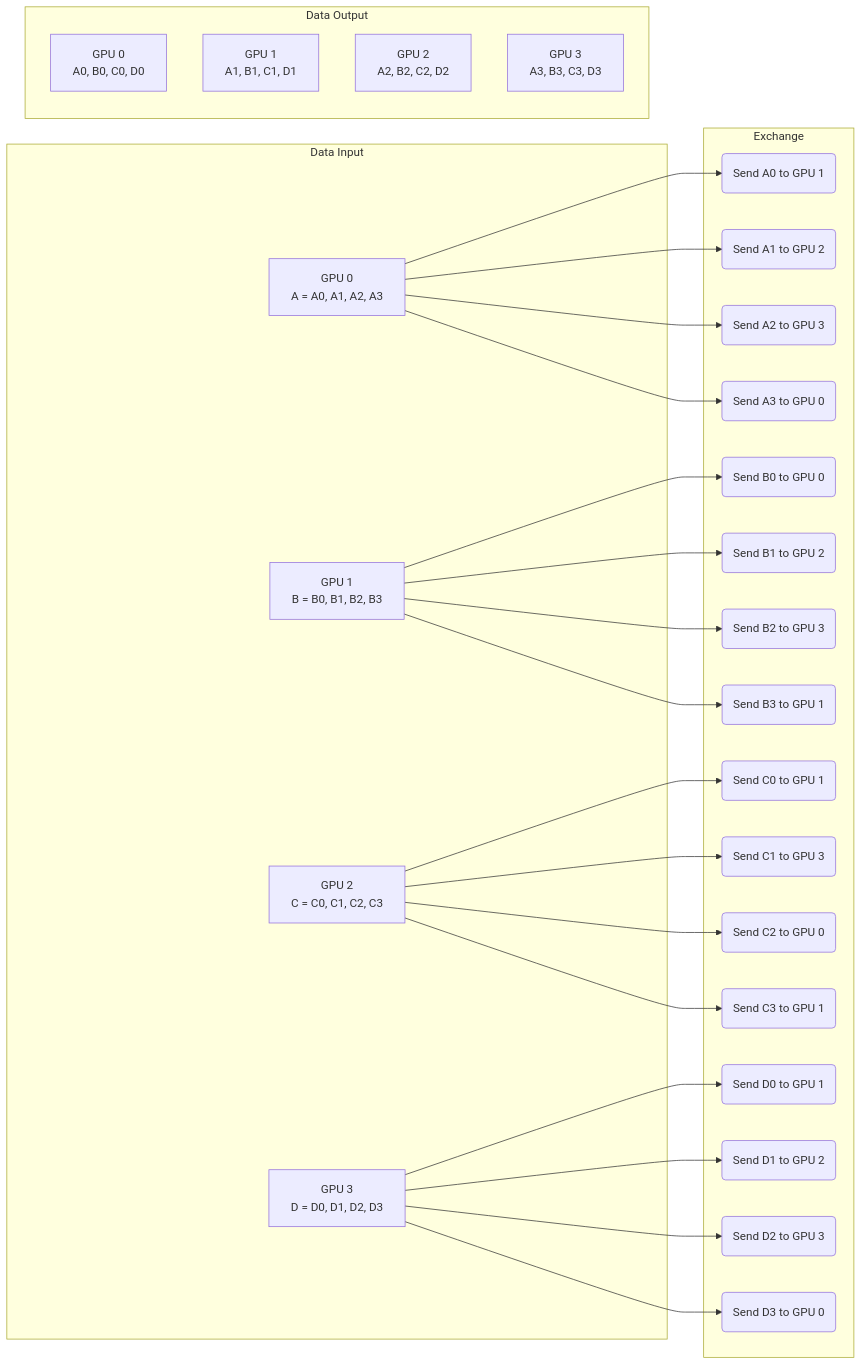
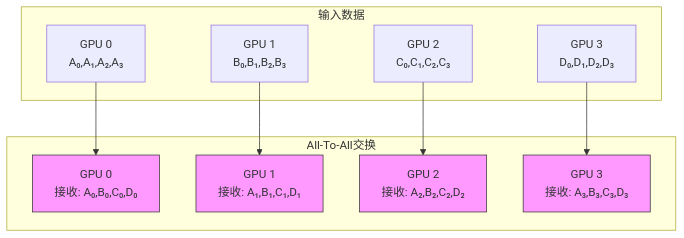
One commit to jianzhnie/ScaleTorch changed the eighth of 8 diagrams in doc/分布式集合通信和通信原语.md. Above: the diagram before and after it, drawn with Mermaid. The commit also changed other lines of this file, not shown here.

Commit message:
Update scaletorch docs

````diff
--- a/doc/分布式集合通信和通信原语.md
+++ b/doc/分布式集合通信和通信原语.md
@@ -232,33 +232,21 @@
 ```mermaid
-graph LR
-    subgraph Data Input
-        A[GPU 0 <br> A = A0, A1, A2, A3]
-        B[GPU 1 <br> B = B0, B1, B2, B3]
-        C[GPU 2 <br> C = C0, C1, C2, C3]
-        D[GPU 3 <br> D = D0, D1, D2, D3]
+graph TD
+    subgraph 输入数据
+        A0[GPU 0<br>A₀,A₁,A₂,A₃]
+        B0[GPU 1<br>B₀,B₁,B₂,B₃]
+        C0[GPU 2<br>C₀,C₁,C₂,C₃]
+        D0[GPU 3<br>D₀,D₁,D₂,D₃]
     end
-    subgraph Exchange
-        A --> T01(Send A0 to GPU 1)
-        A --> T02(Send A1 to GPU 2)
-        A --> T03(Send A2 to GPU 3)
-        A --> T04(Send A3 to GPU 0)
-        B --> T10(Send B0 to GPU 0)
-        B --> T11(Send B1 to GPU 2)
-        B --> T12(Send B2 to GPU 3)
-        B --> T13(Send B3 to GPU 1)
-        C --> T20(Send C0 to GPU 1)
-        C --> T21(Send C1 to GPU 3)
-        C --> T22(Send C2 to GPU 0)
-        C --> T23(Send C3 to GPU 1)
-        D --> T30(Send D0 to GPU 1)
-        D --> T31(Send D1 to GPU 2)
-        D --> T32(Send D2 to GPU 3)
-        D --> T33(Send D3 to GPU 0)
+
+    subgraph All-To-All交换
+        A0 --> A1[GPU 0<br>接收: A₀,B₀,C₀,D₀]
+        B0 --> B1[GPU 1<br>接收: A₁,B₁,C₁,D₁]
+        C0 --> C1[GPU 2<br>接收: A₂,B₂,C₂,D₂]
+        D0 --> D1[GPU 3<br>接收: A₃,B₃,C₃,D₃]
     end
-    subgraph Data Output
-        E[GPU 0 <br> A0, B0, C0, D0]
-        F[GPU 1 <br> A1, B1, C1, D1]
-        G[GPU 2 <br> A2, B2, C2, D2]
-        H[GPU 3 <br> A3, B3, C3, D3]
-    end
+
+    style A1 fill:#f9f,stroke:#333
+    style B1 fill:#f9f,stroke:#333
+    style C1 fill:#f9f,stroke:#333
+    style D1 fill:#f9f,stroke:#333
 ```
````
